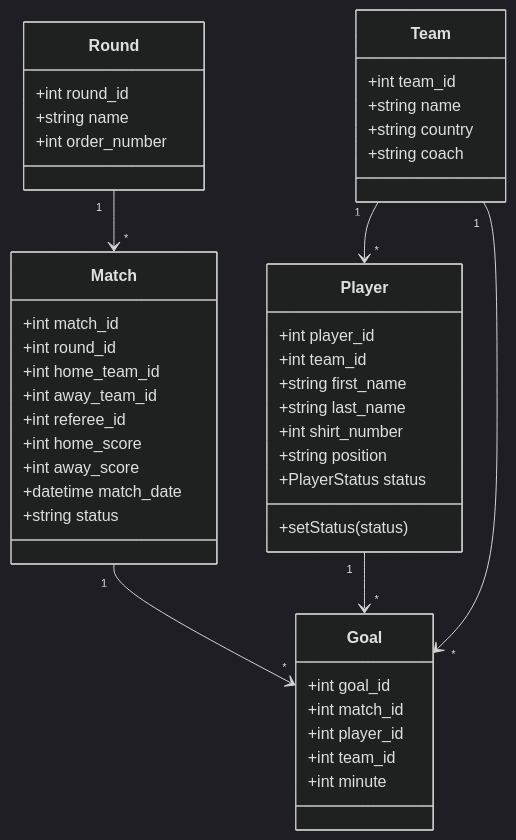
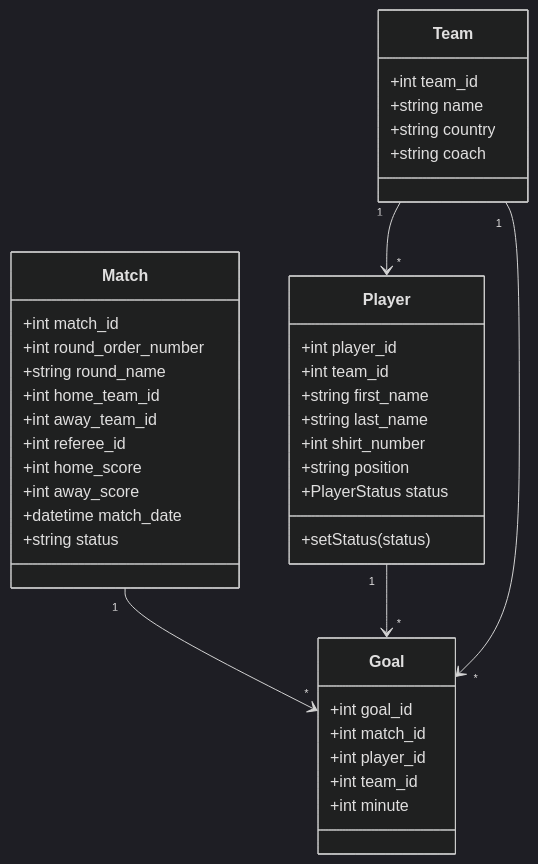
The first of 3 diagrams in analysis/project_schema.md (sanderkerkhofs/worldcup-manager-2026), drawn with Mermaid (dark theme) before and after one commit. The commit also changed other lines of this file and 41 other files, not shown here.

````diff
--- a/analysis/project_schema.md
+++ b/analysis/project_schema.md
@@ -74,52 +69,46 @@
 ```mermaid
 classDiagram
   class Team {
     +int team_id
     +string name
     +string country
     +string coach
   }
 
-  class Round {
-    +int round_id
-    +string name
-    +int order_number
-  }
-
   class Match {
     +int match_id
-    +int round_id
+    +int round_order_number
+    +string round_name
     +int home_team_id
     +int away_team_id
     +int referee_id
     +int home_score
     +int away_score
     +datetime match_date
     +string status
   }
 
   class Player {
     +int player_id
     +int team_id
     +string first_name
     +string last_name
     +int shirt_number
     +string position
     +PlayerStatus status
     +setStatus(status)
   }
 
   class Goal {
     +int goal_id
     +int match_id
     +int player_id
     +int team_id
     +int minute
   }
 
-  Round "1" --> "*" Match
   Team "1" --> "*" Player
   Match "1" --> "*" Goal
   Player "1" --> "*" Goal
   Team "1" --> "*" Goal
 ```
````
